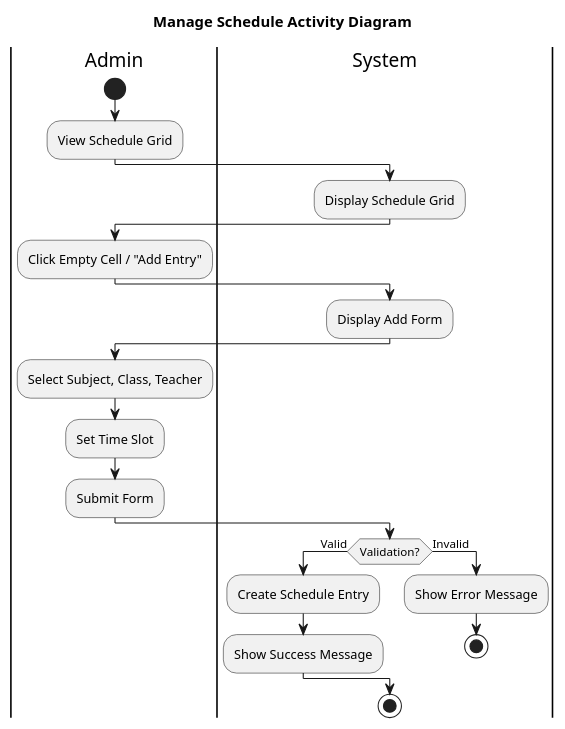
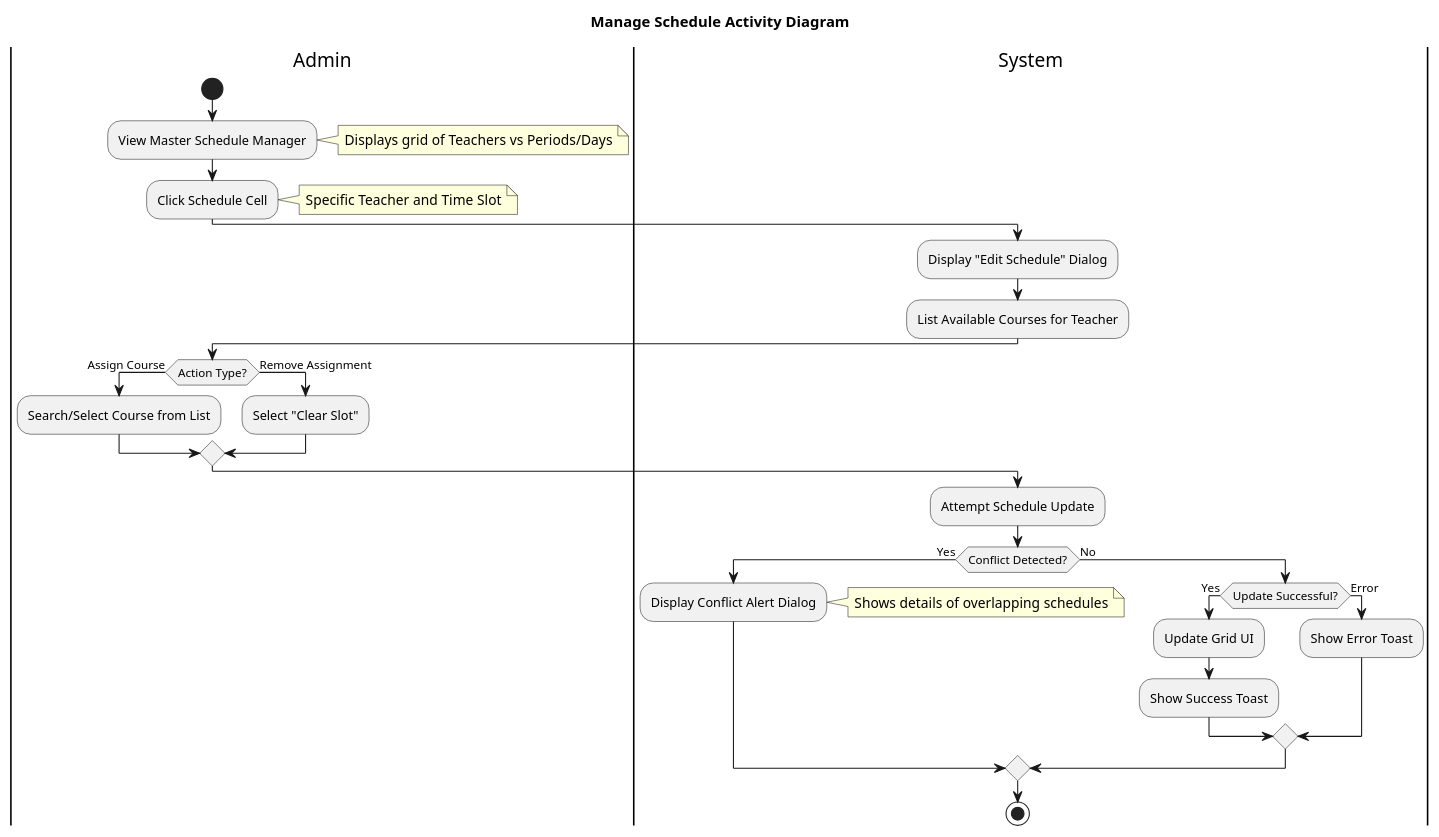
One commit to rafifgpt21-ai/jalms changed the diagram in design-summary/activity-diagram/activity-diagram-admin-manage-schedule.puml. Above: the diagram before and after it, drawn with PlantUML. The commit also changed 20 other files, not shown here.

```diff
--- a/design-summary/activity-diagram/activity-diagram-admin-manage-schedule.puml
+++ b/design-summary/activity-diagram/activity-diagram-admin-manage-schedule.puml
@@ -1,26 +1,44 @@
 @startuml
 title Manage Schedule Activity Diagram
 |Admin|
 start
-:View Schedule Grid;
+:View Master Schedule Manager;
+note right
+  Displays grid of Teachers vs Periods/Days
+end note
+
+:Click Schedule Cell;
+note right
+  Specific Teacher and Time Slot
+end note
+
 |System|
-:Display Schedule Grid;
+:Display "Edit Schedule" Dialog;
+:List Available Courses for Teacher;
+
 |Admin|
-:Click Empty Cell / "Add Entry";
+if (Action Type?) then (Assign Course)
+    :Search/Select Course from List;
+else (Remove Assignment)
+    :Select "Clear Slot";
+endif
+
 |System|
-:Display Add Form;
-|Admin|
-:Select Subject, Class, Teacher;
-:Set Time Slot;
-:Submit Form;
-|System|
-if (Validation?) then (Valid)
-    :Create Schedule Entry;
-    :Show Success Message;
-else (Invalid)
-    :Show Error Message;
-    stop
+:Attempt Schedule Update;
+
+if (Conflict Detected?) then (Yes)
+    :Display Conflict Alert Dialog;
+    note right
+        Shows details of overlapping schedules
+    end note
+else (No)
+    if (Update Successful?) then (Yes)
+        :Update Grid UI;
+        :Show Success Toast;
+    else (Error)
+        :Show Error Toast;
+    endif
 endif
 
 stop
 @enduml
```
